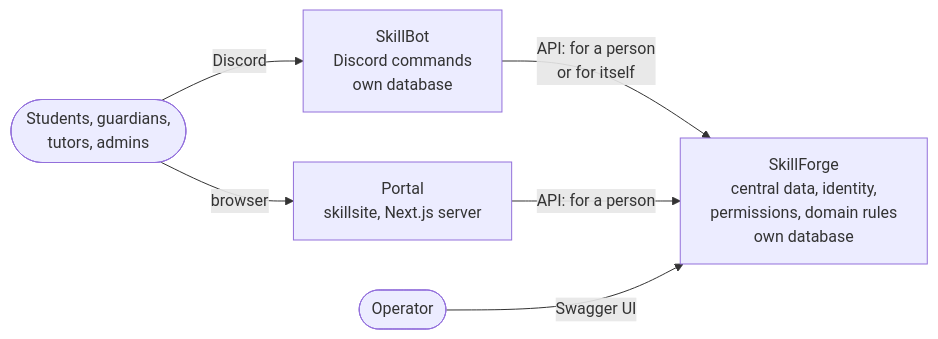
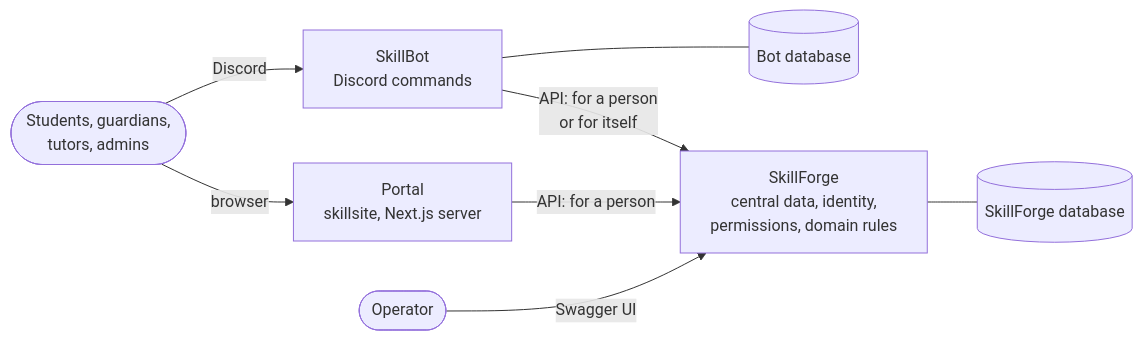
One commit to Nachhilfe-Leon-Weimann/skillforge changed the diagram in docs/PROJECT.md. Above: the diagram before and after it, drawn with Mermaid.

Commit message:
docs: bring the database nodes back into the platform diagram
The bot's and SkillForge's databases are nodes again, each to the right
of the service that owns it, so still no two edges cross.

````diff
--- a/docs/PROJECT.md
+++ b/docs/PROJECT.md
@@ -19,14 +19,18 @@
 ```mermaid
 flowchart LR
     people([Students, guardians,<br/>tutors, admins])
-    bot["SkillBot<br/>Discord commands<br/>own database"]
+    bot["SkillBot<br/>Discord commands"]
+    botdb[(Bot database)]
     portal["Portal<br/>skillsite, Next.js server"]
     operator([Operator])
-    skillforge["SkillForge<br/>central data, identity,<br/>permissions, domain rules<br/>own database"]
+    skillforge["SkillForge<br/>central data, identity,<br/>permissions, domain rules"]
+    skillforgedb[(SkillForge database)]
 
     people -- Discord --> bot
     people -- browser --> portal
+    bot --- botdb
     bot -- "API: for a person<br/>or for itself" --> skillforge
     portal -- "API: for a person" --> skillforge
     operator -- Swagger UI --> skillforge
+    skillforge --- skillforgedb
 ```
````
